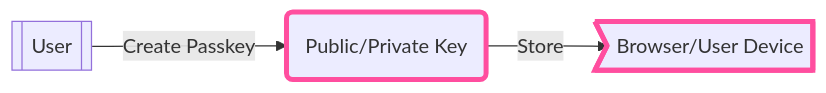
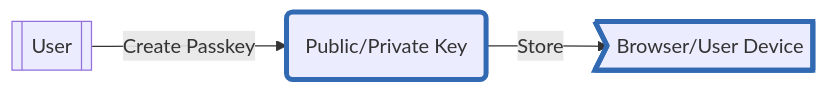
The first of 7 diagrams in docs/concepts/authtype/auth-passkeys.md (shaloo/docs.arcana), drawn with Mermaid before and after one commit. The commit also changed other lines of this file and 79 other files, not shown here.

````diff
--- a/docs/concepts/authtype/auth-passkeys.md
+++ b/docs/concepts/authtype/auth-passkeys.md
@@ -22,7 +22,7 @@
 ```mermaid
 graph LR
   A\[[User]]--Create Passkey--> D(Public/Private Key)--Store-->C>Browser/User Device];
 
-classDef an-pink stroke:#ff4e9f,stroke-width:0.25rem; 
-class C,D an-pink
+classDef an-highlight stroke:#3169b3,stroke-width:0.25rem; 
+class C,D an-highlight
 ```
````
